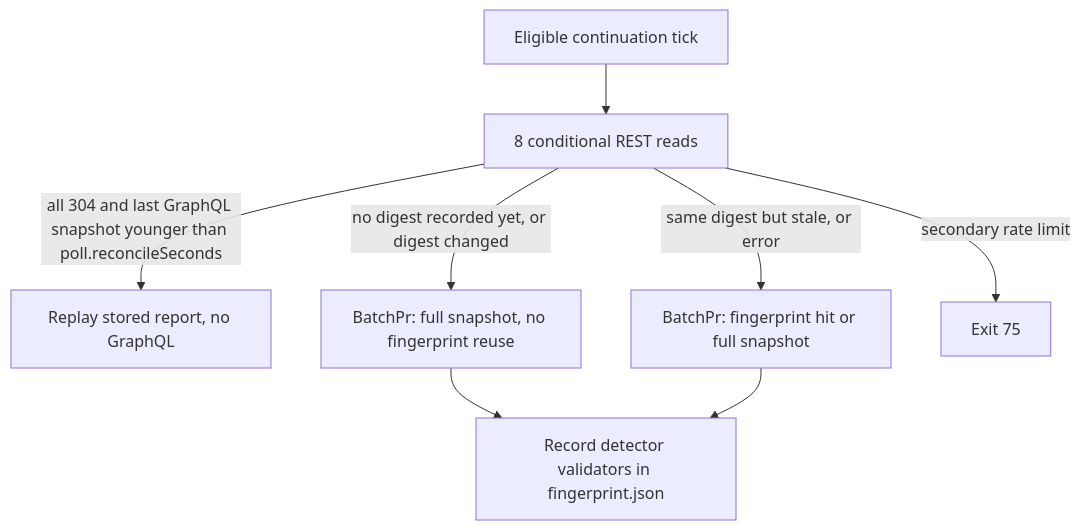
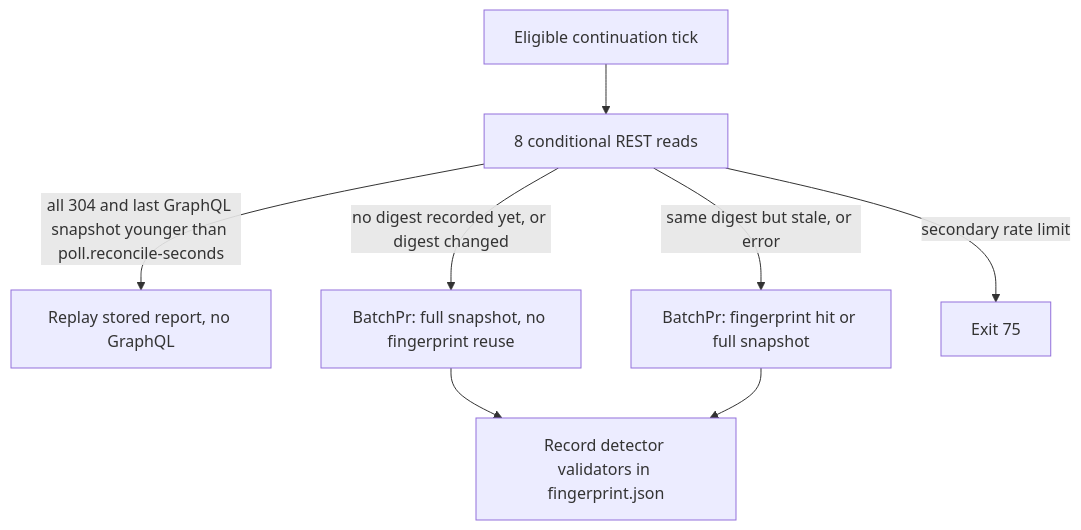
One commit to jonathanong/pr-shepherd changed the diagram in docs/graphql.md. Above: the diagram before and after it, drawn with Mermaid. The commit also changed other lines of this file and 177 other files, not shown here.

````diff
--- a/docs/graphql.md
+++ b/docs/graphql.md
@@ -185,10 +185,10 @@
 ```mermaid
 flowchart TD
   A[Eligible continuation tick] --> B[8 conditional REST reads]
-  B -->|all 304 and last GraphQL snapshot younger than poll.reconcileSeconds| C[Replay stored report, no GraphQL]
+  B -->|all 304 and last GraphQL snapshot younger than poll.reconcile-seconds| C[Replay stored report, no GraphQL]
   B -->|same digest but stale, or error| D[BatchPr: fingerprint hit or full snapshot]
   B -->|no digest recorded yet, or digest changed| G[BatchPr: full snapshot, no fingerprint reuse]
   G --> E
   D --> E[Record detector validators in fingerprint.json]
   B -->|secondary rate limit| F[Exit 75]
 ```
````
